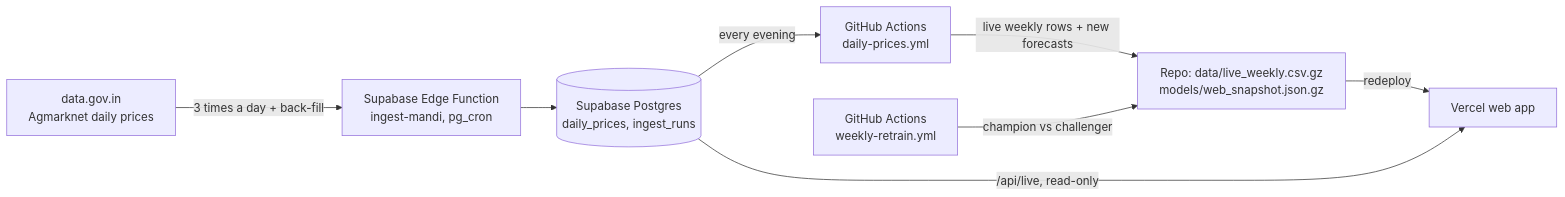
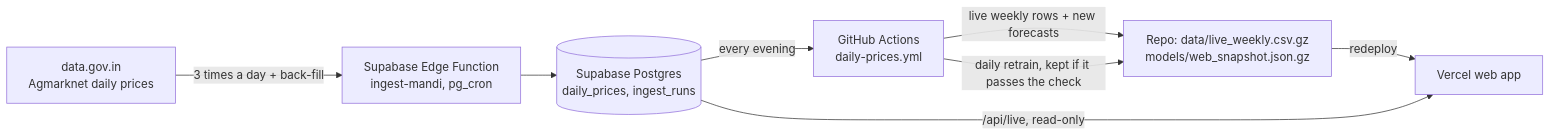
Before and after one commit to Iamshi-vissa/FarmStat: the second of 3 diagrams in README.md, drawn with Mermaid. The commit also changed other lines of this file and 12 other files, not shown here.

First line of the commit message:
Fix the daily price job and retrain every day

````diff
--- a/README.md
+++ b/README.md
@@ -257,10 +257,10 @@
 ```mermaid
 flowchart LR
     G[data.gov.in<br/>Agmarknet daily prices] -->|3 times a day + back-fill| E[Supabase Edge Function<br/>ingest-mandi, pg_cron]
     E --> DB[(Supabase Postgres<br/>daily_prices, ingest_runs)]
     DB -->|every evening| A[GitHub Actions<br/>daily-prices.yml]
     A -->|live weekly rows + new forecasts| R[Repo: data/live_weekly.csv.gz<br/>models/web_snapshot.json.gz]
     R -->|redeploy| V[Vercel web app]
     DB -->|/api/live, read-only| V
-    A2[GitHub Actions<br/>weekly-retrain.yml] -->|champion vs challenger| R
+    A -->|daily retrain, kept if it passes the check| R
 ```
````
